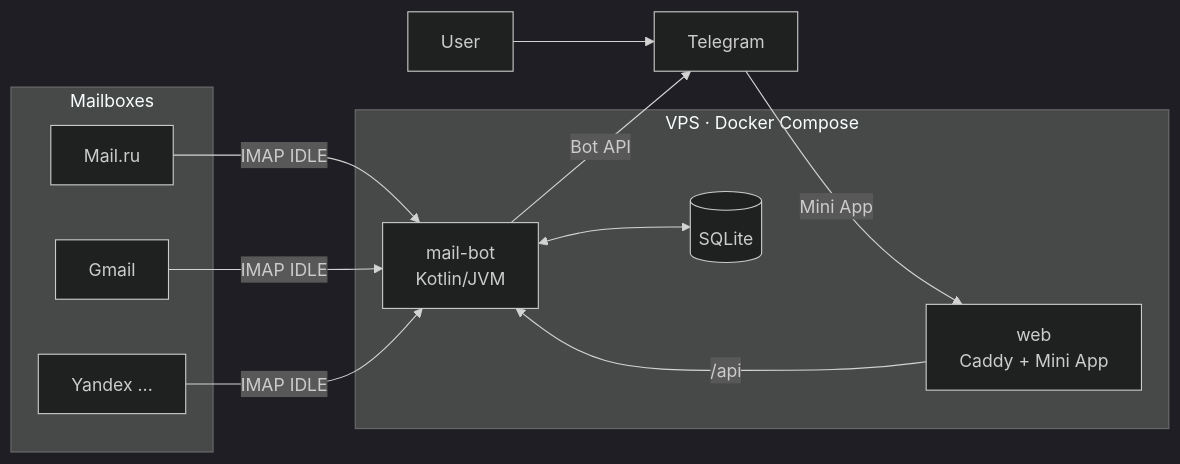
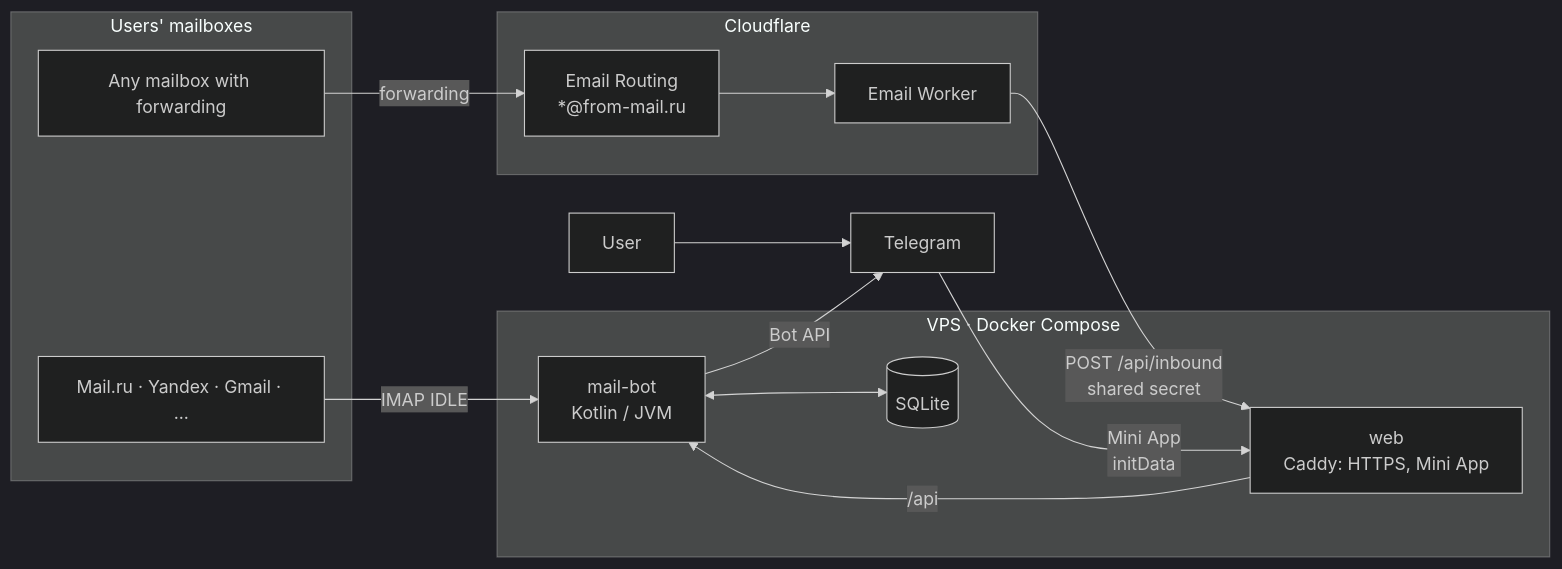
One commit to LightSmit/mail-to-telegram-bot changed the diagram in README.md. Above: the diagram before and after it, drawn with Mermaid (dark theme). The commit also changed other lines of this file and 1 other file, not shown here.

````diff
--- a/README.md
+++ b/README.md
@@ -66,19 +153,23 @@
 ```mermaid
 flowchart LR
-    subgraph Mailboxes
-        M1[Mail.ru]
-        M2[Gmail]
-        M3[Yandex ...]
+    subgraph Mail[Users' mailboxes]
+        M1[Mail.ru · Yandex · Gmail · ...]
+        M2[Any mailbox with forwarding]
     end
-    subgraph Server [VPS · Docker Compose]
-        B[mail-bot<br/>Kotlin/JVM]
+    subgraph CF[Cloudflare]
+        ER[Email Routing<br/>*@from-mail.ru]
+        EW[Email Worker]
+    end
+    subgraph VPS[VPS · Docker Compose]
+        W[web<br/>Caddy: HTTPS, Mini App]
+        B[mail-bot<br/>Kotlin / JVM]
         DB[(SQLite)]
-        W[web<br/>Caddy + Mini App]
     end
-    M1 & M2 & M3 -- IMAP IDLE --> B
+    M1 -- IMAP IDLE --> B
+    M2 -- forwarding --> ER --> EW -- POST /api/inbound<br/>shared secret --> W
+    W -- /api --> B
     B <--> DB
     B -- Bot API --> T[Telegram]
     U[User] --> T
-    T -- Mini App --> W
-    W -- /api --> B
+    T -- Mini App<br/>initData --> W
 ```
````
